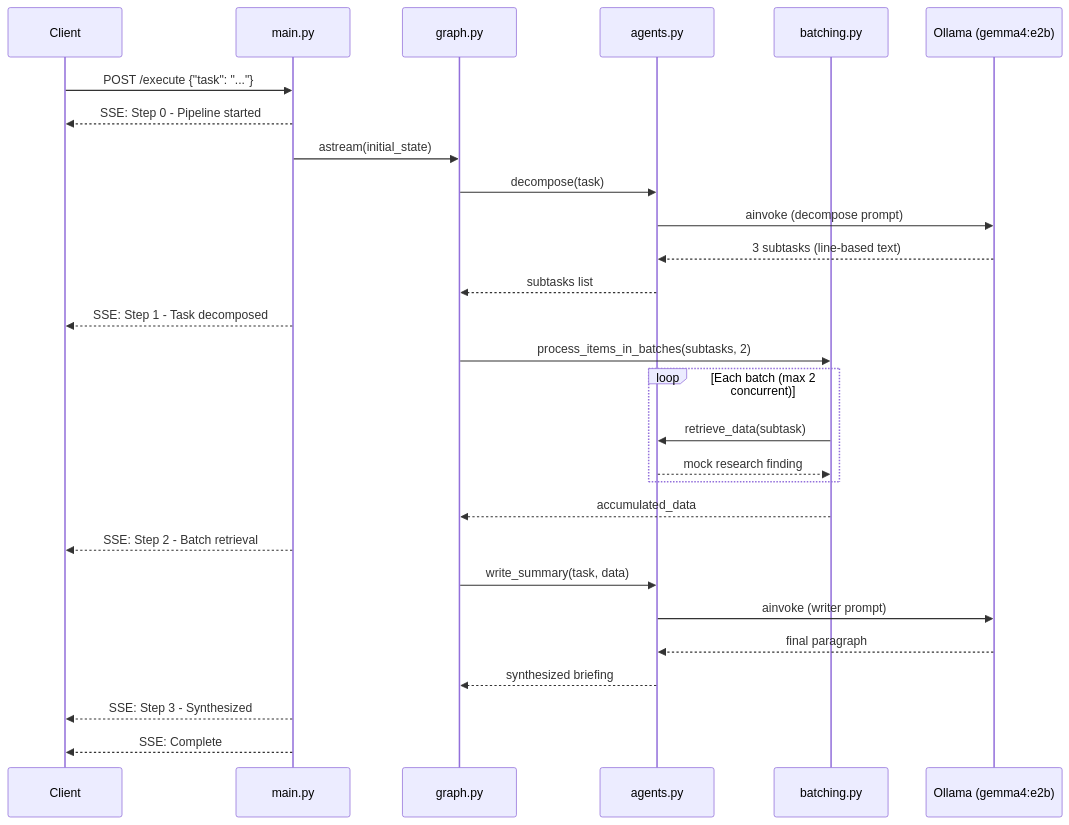
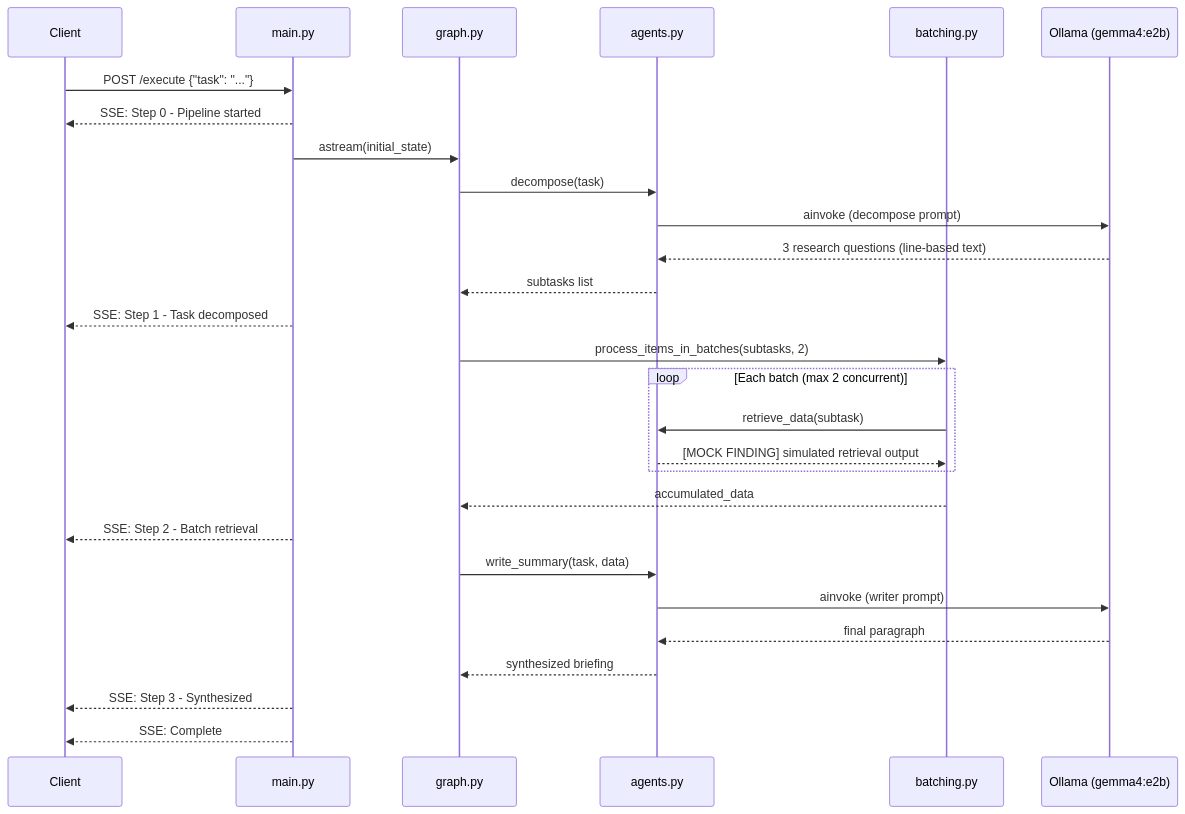
The second of 3 diagrams in README.md (Luvyansh/multi-step-agent-system), drawn with Mermaid before and after one commit. The commit also changed other lines of this file, not shown here.

````diff
--- a/README.md
+++ b/README.md
@@ -76,35 +76,35 @@
 ```mermaid
 sequenceDiagram
     participant Client
     participant FastAPI as main.py
     participant Graph as graph.py
     participant Agents as agents.py
     participant Batch as batching.py
     participant Ollama as Ollama (gemma4:e2b)
 
     Client->>FastAPI: POST /execute {"task": "..."}
     FastAPI-->>Client: SSE: Step 0 - Pipeline started
 
     FastAPI->>Graph: astream(initial_state)
     Graph->>Agents: decompose(task)
     Agents->>Ollama: ainvoke (decompose prompt)
-    Ollama-->>Agents: 3 subtasks (line-based text)
+    Ollama-->>Agents: 3 research questions (line-based text)
     Agents-->>Graph: subtasks list
     FastAPI-->>Client: SSE: Step 1 - Task decomposed
 
     Graph->>Batch: process_items_in_batches(subtasks, 2)
     loop Each batch (max 2 concurrent)
         Batch->>Agents: retrieve_data(subtask)
-        Agents-->>Batch: mock research finding
+        Agents-->>Batch: [MOCK FINDING] simulated retrieval output
     end
     Batch-->>Graph: accumulated_data
     FastAPI-->>Client: SSE: Step 2 - Batch retrieval
 
     Graph->>Agents: write_summary(task, data)
     Agents->>Ollama: ainvoke (writer prompt)
     Ollama-->>Agents: final paragraph
     Agents-->>Graph: synthesized briefing
     FastAPI-->>Client: SSE: Step 3 - Synthesized
 
     FastAPI-->>Client: SSE: Complete
 ```
````
